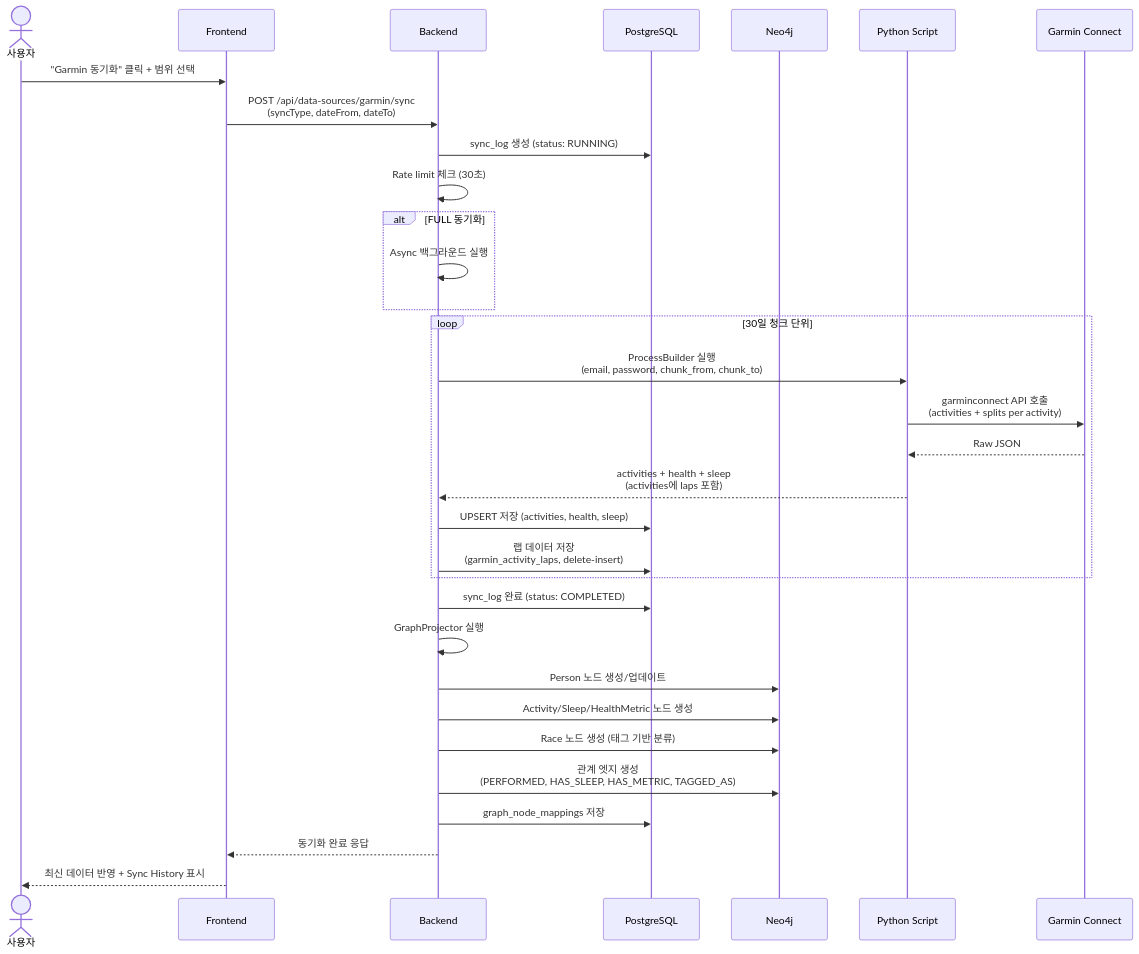
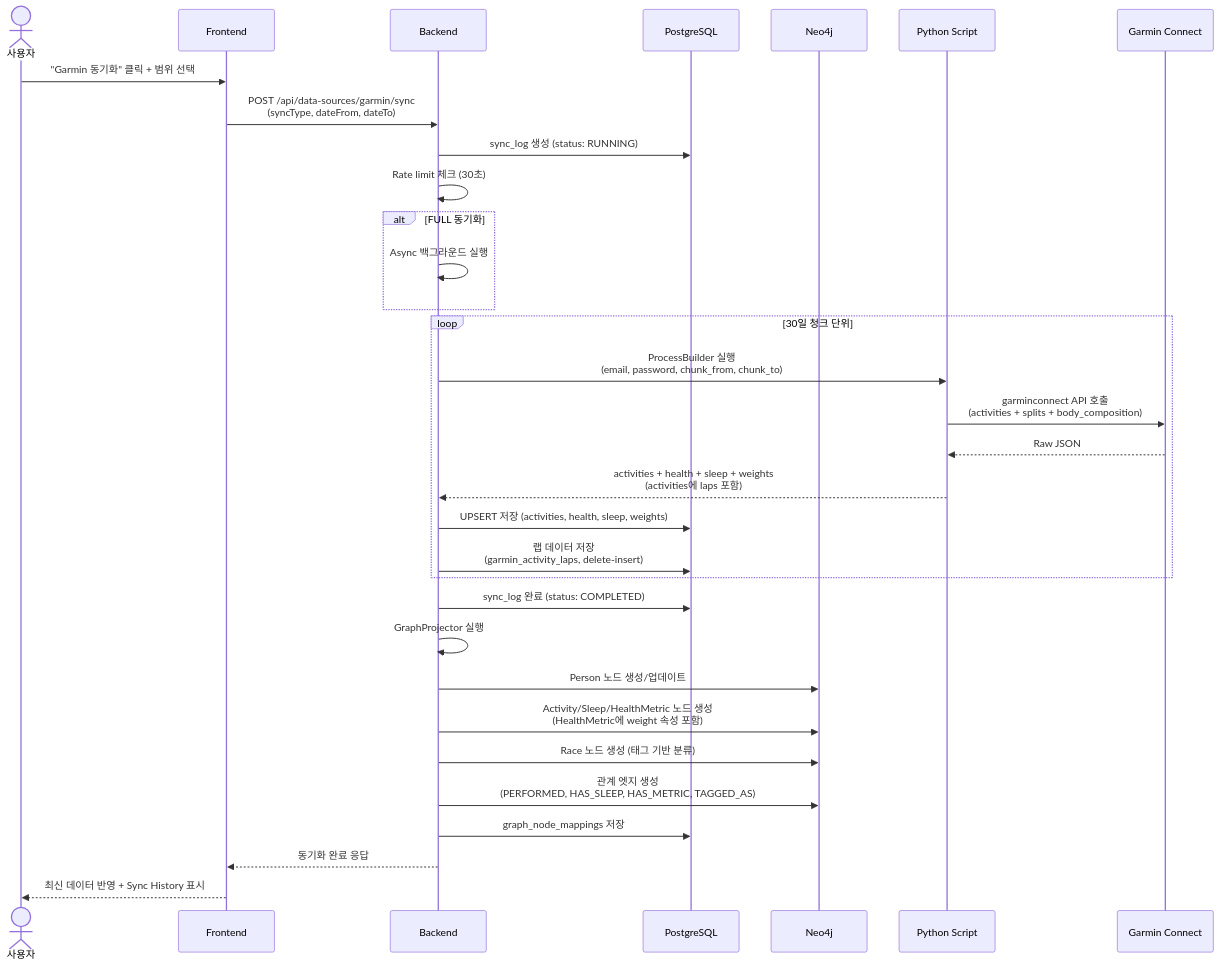
One commit to Hsooooo/personal-insight-os changed the fourth of 5 diagrams in docs/architecture.md. Above: the diagram before and after it, drawn with Mermaid. The commit also changed 15 other files, not shown here.

First line of the commit message:
feat: sync weight data from Garmin Connect and add weight chart to Health timeline

````diff
--- a/docs/architecture.md
+++ b/docs/architecture.md
@@ -183,40 +183,40 @@
 ```mermaid
 sequenceDiagram
     actor U as 사용자
     participant FE as Frontend
     participant BE as Backend
     participant PG as PostgreSQL
     participant NEO as Neo4j
     participant PY as Python Script
     participant GC as Garmin Connect
 
     U->>FE: "Garmin 동기화" 클릭 + 범위 선택
     FE->>BE: POST /api/data-sources/garmin/sync<br/>(syncType, dateFrom, dateTo)
 
     BE->>PG: sync_log 생성 (status: RUNNING)
     BE->>BE: Rate limit 체크 (30초)
 
     alt FULL 동기화
         BE->>BE: Async 백그라운드 실행
     end
 
     loop 30일 청크 단위
         BE->>PY: ProcessBuilder 실행<br/>(email, password, chunk_from, chunk_to)
-        PY->>GC: garminconnect API 호출<br/>(activities + splits per activity)
+        PY->>GC: garminconnect API 호출<br/>(activities + splits + body_composition)
         GC-->>PY: Raw JSON
-        PY-->>BE: activities + health + sleep<br/>(activities에 laps 포함)
-        BE->>PG: UPSERT 저장 (activities, health, sleep)
+        PY-->>BE: activities + health + sleep + weights<br/>(activities에 laps 포함)
+        BE->>PG: UPSERT 저장 (activities, health, sleep, weights)
         BE->>PG: 랩 데이터 저장<br/>(garmin_activity_laps, delete-insert)
     end
 
     BE->>PG: sync_log 완료 (status: COMPLETED)
     BE->>BE: GraphProjector 실행
     BE->>NEO: Person 노드 생성/업데이트
-    BE->>NEO: Activity/Sleep/HealthMetric 노드 생성
+    BE->>NEO: Activity/Sleep/HealthMetric 노드 생성<br/>(HealthMetric에 weight 속성 포함)
     BE->>NEO: Race 노드 생성 (태그 기반 분류)
     BE->>NEO: 관계 엣지 생성<br/>(PERFORMED, HAS_SLEEP, HAS_METRIC, TAGGED_AS)
     BE->>PG: graph_node_mappings 저장
 
     BE-->>FE: 동기화 완료 응답
     FE-->>U: 최신 데이터 반영 + Sync History 표시
 ```
````
